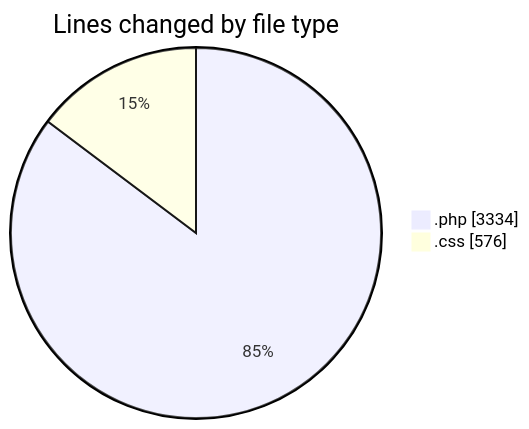
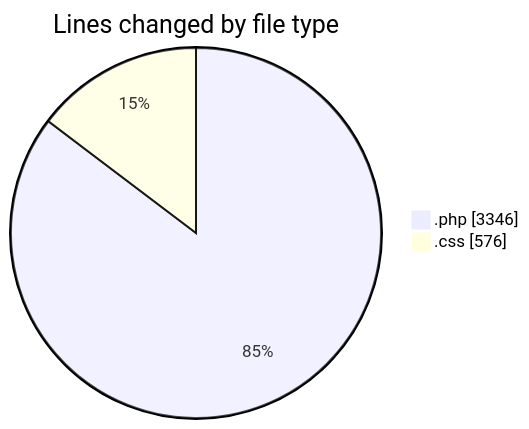
The first of 2 diagrams in 2025-08-26/woocommerce-custom-product-bundles/README.md (debugP/code-tracking), drawn with Mermaid before and after one commit. The commit also changed other lines of this file and 1 other file, not shown here.

````diff
--- a/2025-08-26/woocommerce-custom-product-bundles/README.md
+++ b/2025-08-26/woocommerce-custom-product-bundles/README.md
@@ -21,6 +21,6 @@
 ```mermaid
 pie showData
 title Lines changed by file type
-".php" : 3334
+".php" : 3346
 ".css" : 576
 ```
````
